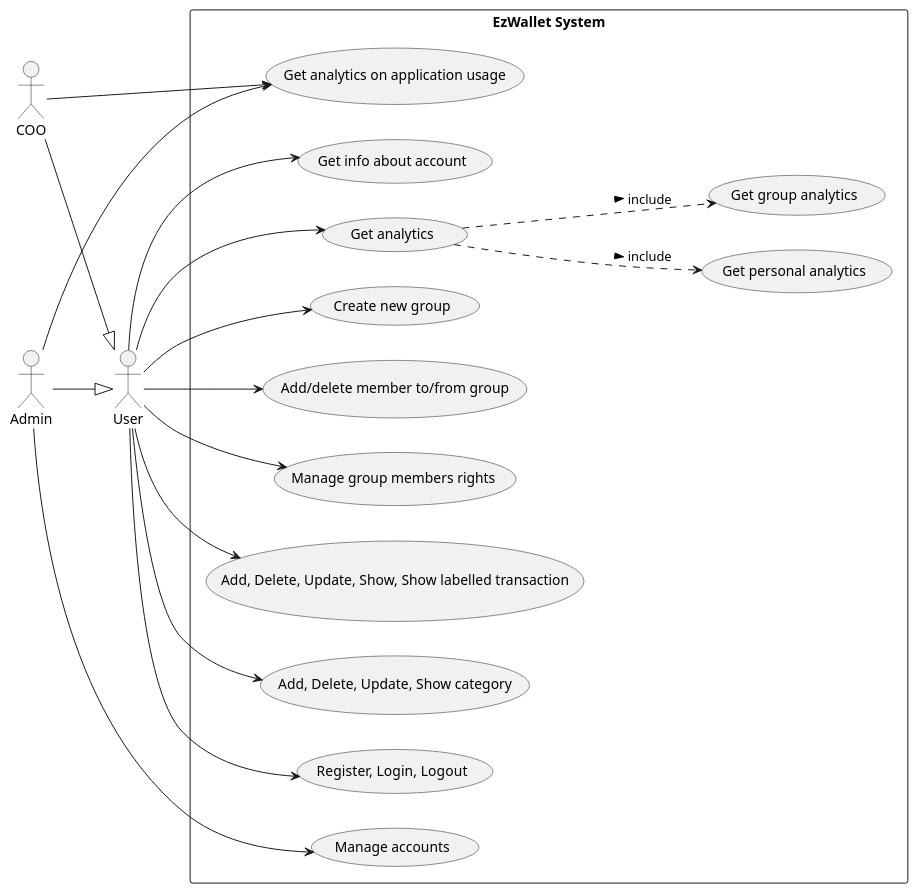
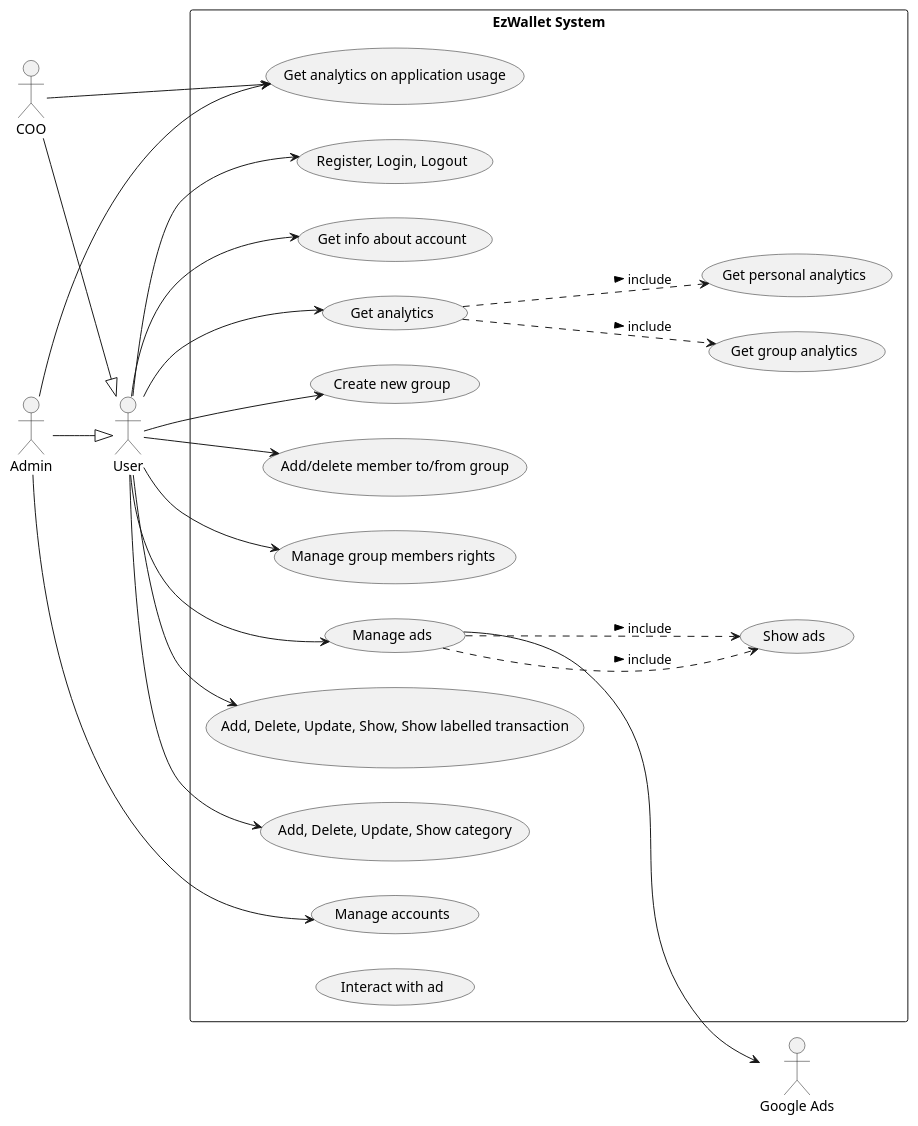
One commit to lara-m2000/ezwallet changed the second of 5 diagrams in RequirementsDocumentV2.md. Above: the diagram before and after it, drawn with PlantUML. The commit also changed other lines of this file, not shown here.

Commit message:
Split ads UC, updated context diagram and index

````diff
--- a/RequirementsDocumentV2.md
+++ b/RequirementsDocumentV2.md
@@ -264,50 +264,57 @@
 ```plantuml
 @startuml
 left to right direction
 
 actor User
 actor COO
 actor Admin
+actor "Google Ads" as GAds
 
 Admin --|> User
 COO --|> User
 
 rectangle "EzWallet System" as System {
 	usecase "Add, Delete, Update, Show, Show labelled transaction" as Transaction
 	usecase "Register, Login, Logout" as Auth
 
 	usecase "Add, Delete, Update, Show category" as Category
 
 	usecase "Get info about account" as UUsers
 	usecase "Get analytics" as ShowAnalytics
 	usecase "Create new group" as CreateGroup
 	usecase "Add/delete member to/from group" as AddDeleteToGroup
 	usecase "Manage group members rights" as ManageMemberRights
 	usecase "Manage accounts" as ManageAccounts
 
 	usecase "Get analytics on application usage" as UsageAnalytics
 
 	usecase "Get personal analytics" as PAnalytics
 	usecase "Get group analytics" as GAnalytics
+
+	usecase "Manage ads" as ManAds
+	usecase "Show ads" as ShowAds
+	usecase "Interact with ad" as InteractAd
 }
 
 User -> Transaction
 User -> Category
 User -> Auth
 User --> UUsers
 User --> ShowAnalytics
 User --> CreateGroup
 User --> AddDeleteToGroup
 User --> ManageMemberRights
+User --> ManAds
+ManAds --> GAds
 Admin --> ManageAccounts
 Admin --> UsageAnalytics
 COO --> UsageAnalytics
 
 
 ShowAnalytics ..> PAnalytics : include >
 ShowAnalytics ..> GAnalytics : include >
-
-
+ManAds ..> ShowAds : include >
+ManAds ..> ShowAds : include >
 
 @enduml
 ```
````
